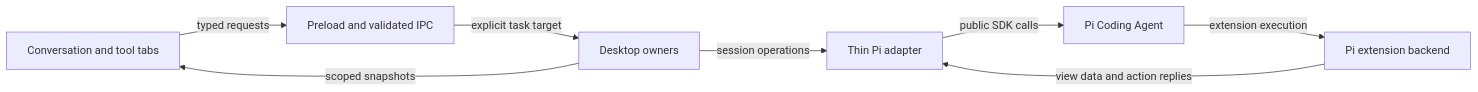
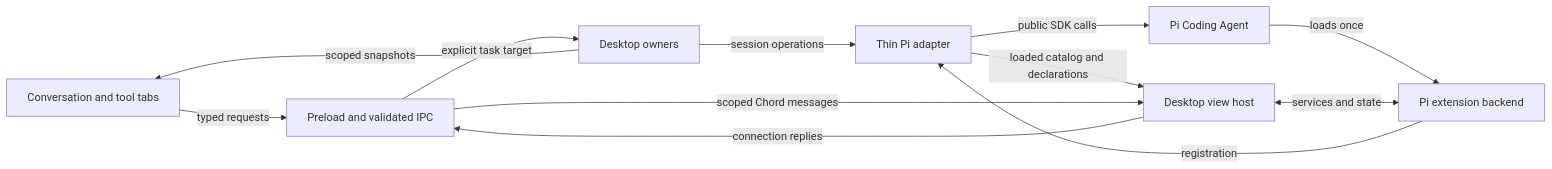
Before and after one commit to minghinmatthewlam/pi-gui: the diagram in docs/workspace-redesign-plan.md, drawn with Mermaid. The commit also changed other lines of this file and 8 other files, not shown here.

````diff
--- a/docs/workspace-redesign-plan.md
+++ b/docs/workspace-redesign-plan.md
@@ -47,10 +49,14 @@
 ```mermaid
 flowchart LR
   W[Conversation and tool tabs] -->|typed requests| P[Preload and validated IPC]
   P -->|explicit task target| D[Desktop owners]
   D -->|session operations| A[Thin Pi adapter]
   A -->|public SDK calls| PI[Pi Coding Agent]
-  PI -->|extension execution| E[Pi extension backend]
-  E -->|view data and action replies| A
+  PI -->|loads once| E[Pi extension backend]
+  E -->|registration| A
+  A -->|loaded catalog and declarations| V[Desktop view host]
+  P -->|scoped Chord messages| V
+  V <-->|services and state| E
+  V -->|connection replies| P
   D -->|scoped snapshots| W
 ```
````
